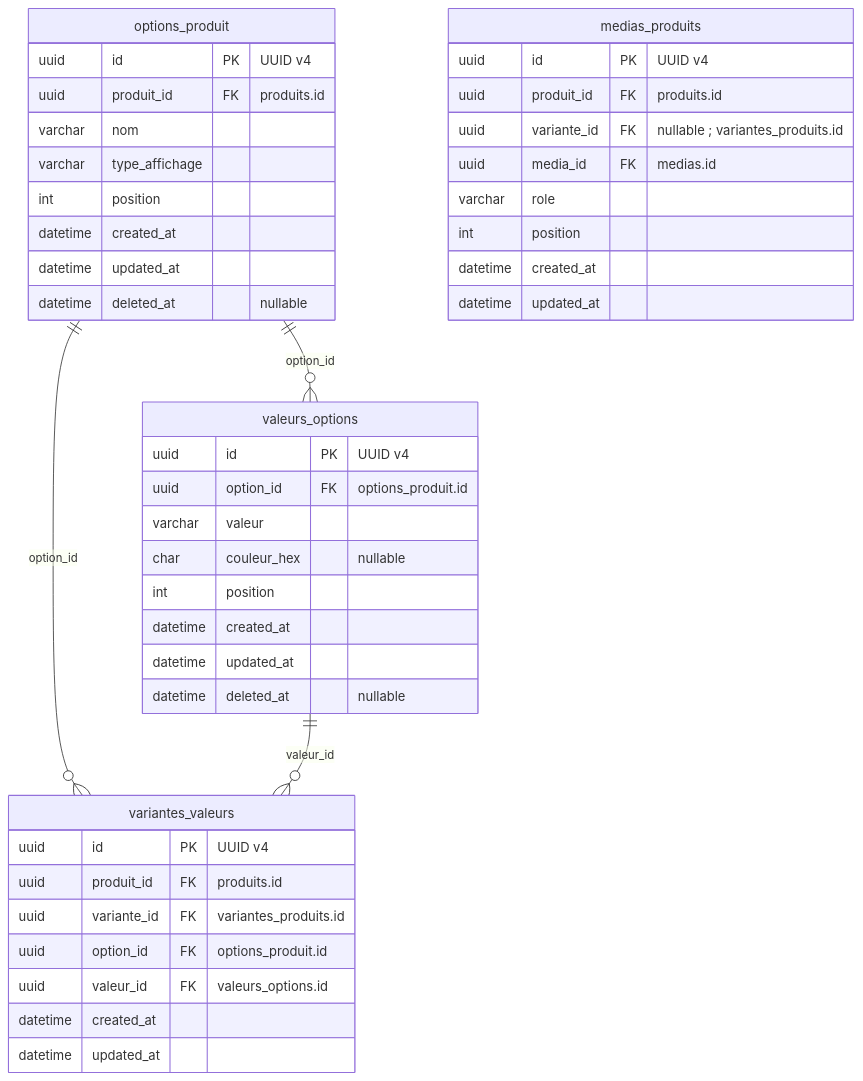
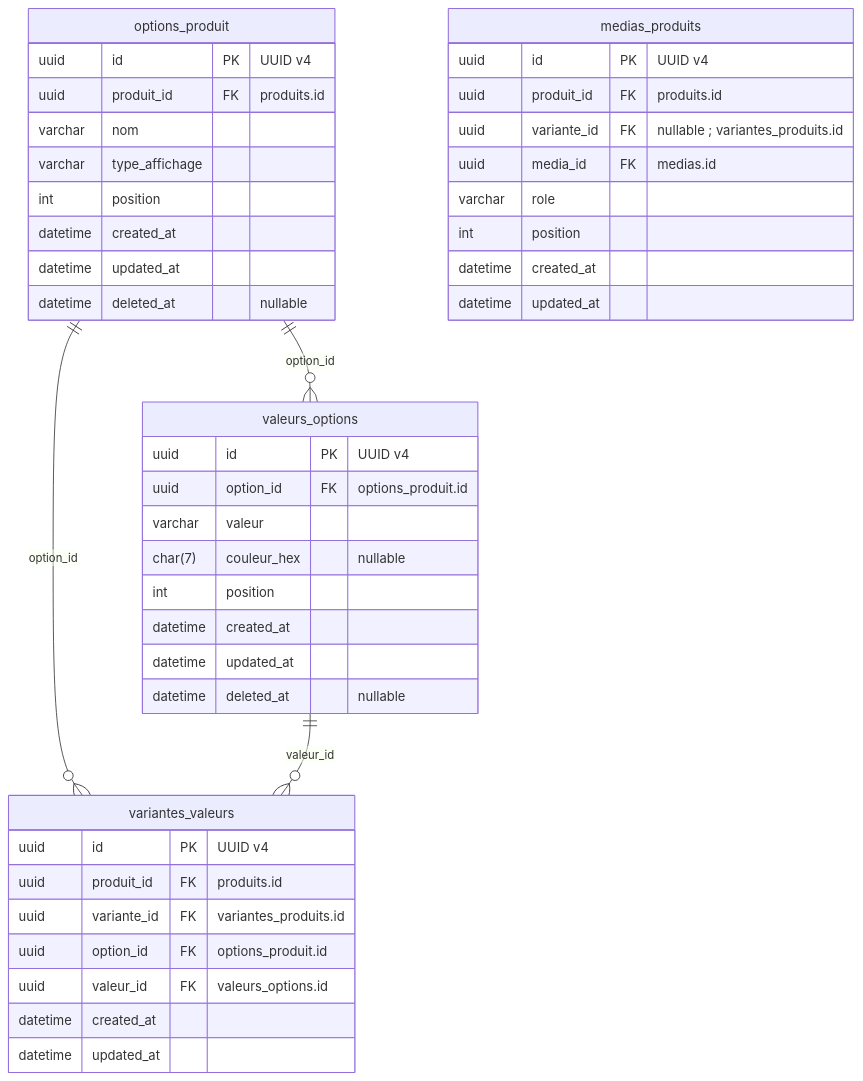
Before and after one commit to unitealfa/saas-ecom: diagram 17 of 36 in Schema-BDD-SaaS-Ecommerce-UUID.md, drawn with Mermaid. The commit also changed other lines of this file, not shown here.

````diff
--- a/Schema-BDD-SaaS-Ecommerce-UUID.md
+++ b/Schema-BDD-SaaS-Ecommerce-UUID.md
@@ -895,46 +1293,46 @@
 ```mermaid
 erDiagram
     direction TB
     options_produit {
         uuid id PK "UUID v4"
         uuid produit_id FK "produits.id"
         varchar nom
         varchar type_affichage
         int position
         datetime created_at
         datetime updated_at
         datetime deleted_at "nullable"
     }
     valeurs_options {
         uuid id PK "UUID v4"
         uuid option_id FK "options_produit.id"
         varchar valeur
-        char couleur_hex "nullable"
+        char(7) couleur_hex "nullable"
         int position
         datetime created_at
         datetime updated_at
         datetime deleted_at "nullable"
     }
     variantes_valeurs {
         uuid id PK "UUID v4"
         uuid produit_id FK "produits.id"
         uuid variante_id FK "variantes_produits.id"
         uuid option_id FK "options_produit.id"
         uuid valeur_id FK "valeurs_options.id"
         datetime created_at
         datetime updated_at
     }
     medias_produits {
         uuid id PK "UUID v4"
         uuid produit_id FK "produits.id"
         uuid variante_id FK "nullable ; variantes_produits.id"
         uuid media_id FK "medias.id"
         varchar role
         int position
         datetime created_at
         datetime updated_at
     }
     options_produit ||--o{ valeurs_options : option_id
     options_produit ||--o{ variantes_valeurs : option_id
     valeurs_options ||--o{ variantes_valeurs : valeur_id
 ```
````
